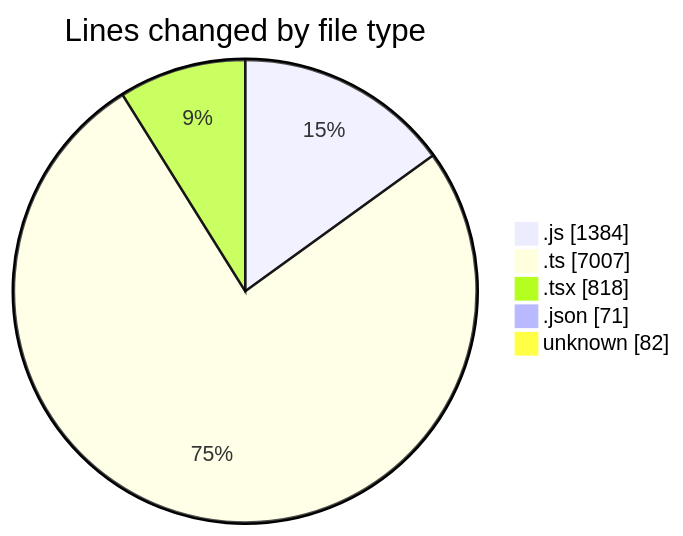
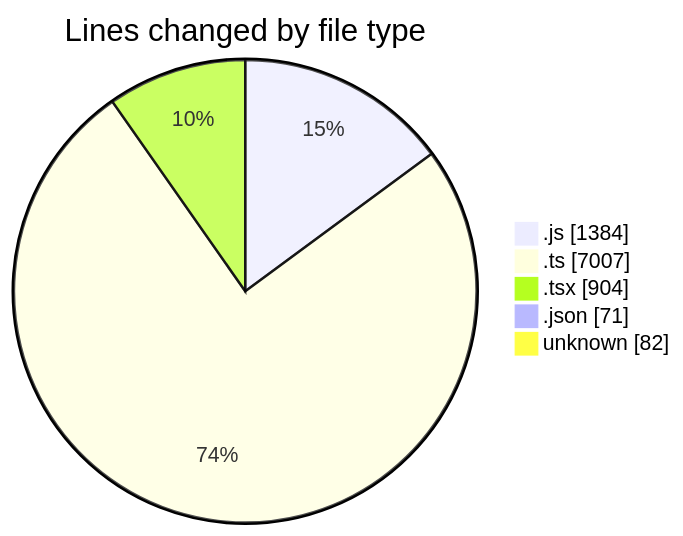
Before and after one commit to momahboobian/code-tracking: the first of 2 diagrams in 2026-02-04/cda/README.md, drawn with Mermaid. The commit also changed other lines of this file and 1 other file, not shown here.

````diff
--- a/2026-02-04/cda/README.md
+++ b/2026-02-04/cda/README.md
@@ -38,9 +39,9 @@
 ```mermaid
 pie showData
 title Lines changed by file type
 ".js" : 1384
 ".ts" : 7007
-".tsx" : 818
+".tsx" : 904
 ".json" : 71
 "unknown" : 82
 ```
````
